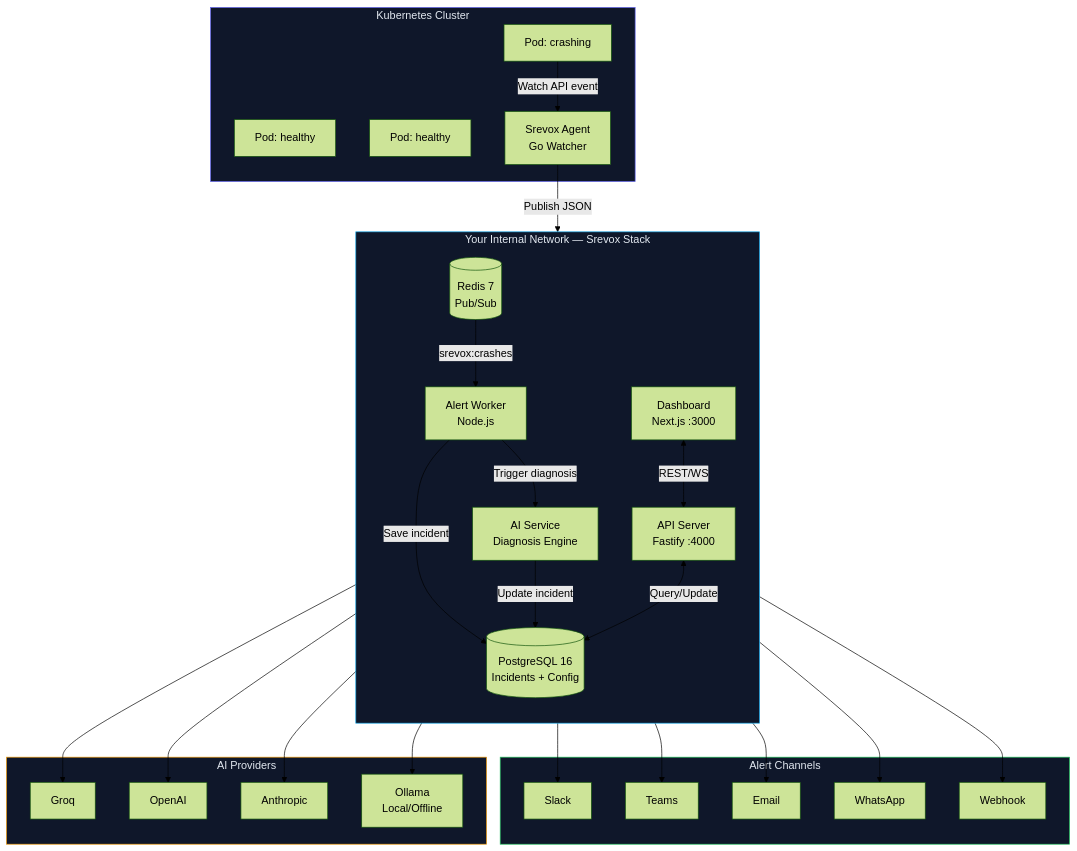
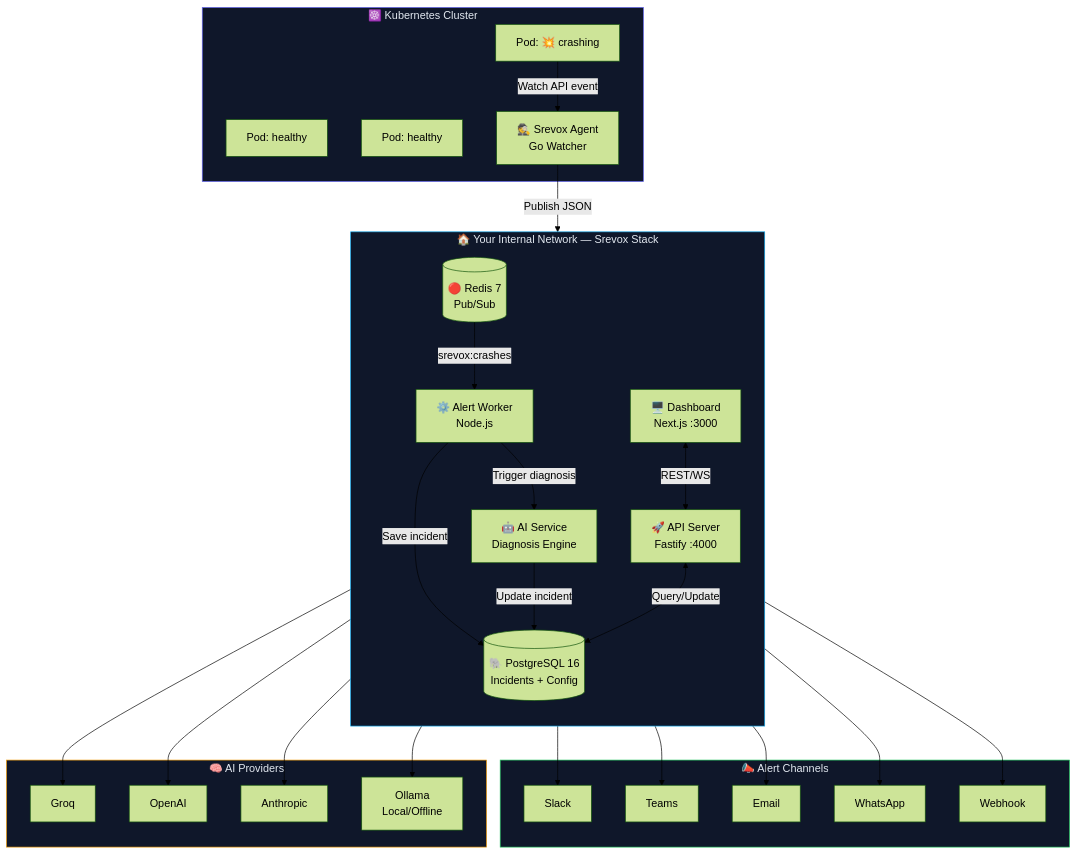
One commit to Akshatsainiaks/srevox changed the second of 10 diagrams in README.md. Above: the diagram before and after it, drawn with Mermaid (forest theme). The commit also changed other lines of this file, not shown here.

Commit message:
fix: rename loopzen-agent.yml to srevox-agent.yml

````diff
--- a/README.md
+++ b/README.md
@@ -502,51 +502,51 @@
 ```mermaid
 graph TB
-    subgraph K8S["Kubernetes Cluster"]
+    subgraph K8S["☸️ Kubernetes Cluster"]
         P1[Pod: healthy]
-        P2[Pod: crashing]
+        P2[Pod: 💥 crashing]
         P3[Pod: healthy]
-        AG[Srevox Agent\nGo Watcher]
+        AG[🕵️ Srevox Agent\nGo Watcher]
         P2 -->|Watch API event| AG
     end
 
-    subgraph SREVOX["Your Internal Network — Srevox Stack"]
+    subgraph SREVOX["🏠 Your Internal Network — Srevox Stack"]
         direction TB
-        R[(Redis 7\nPub/Sub)]
-        W[Alert Worker\nNode.js]
-        API[API Server\nFastify :4000]
-        DB[(PostgreSQL 16\nIncidents + Config)]
-        AI[AI Service\nDiagnosis Engine]
-        FE[Dashboard\nNext.js :3000]
+        R[(🔴 Redis 7\nPub/Sub)]
+        W[⚙️ Alert Worker\nNode.js]
+        API[🚀 API Server\nFastify :4000]
+        DB[(🐘 PostgreSQL 16\nIncidents + Config)]
+        AI[🤖 AI Service\nDiagnosis Engine]
+        FE[🖥️ Dashboard\nNext.js :3000]
 
         R -->|srevox:crashes| W
         W -->|Save incident| DB
         W -->|Trigger diagnosis| AI
         AI -->|Update incident| DB
         API <-->|Query/Update| DB
         FE <-->|REST/WS| API
     end
 
-    subgraph CHANNELS["Alert Channels"]
+    subgraph CHANNELS["📣 Alert Channels"]
         SL[Slack]
         TE[Teams]
         EM[Email]
         WA[WhatsApp]
         WH[Webhook]
     end
 
-    subgraph AI_PROVIDERS["AI Providers"]
+    subgraph AI_PROVIDERS["🧠 AI Providers"]
         GR[Groq]
         OA[OpenAI]
         AN[Anthropic]
         OL[Ollama\nLocal/Offline]
     end
 
     AG -->|Publish JSON| R
     W --> SL & TE & EM & WA & WH
     AI --> GR & OA & AN & OL
 
     style K8S fill:#0f172a,stroke:#6366f1,color:#e2e8f0
     style SREVOX fill:#0f172a,stroke:#0ea5e9,color:#e2e8f0
     style CHANNELS fill:#0f172a,stroke:#22c55e,color:#e2e8f0
     style AI_PROVIDERS fill:#0f172a,stroke:#f59e0b,color:#e2e8f0
 ```
````
